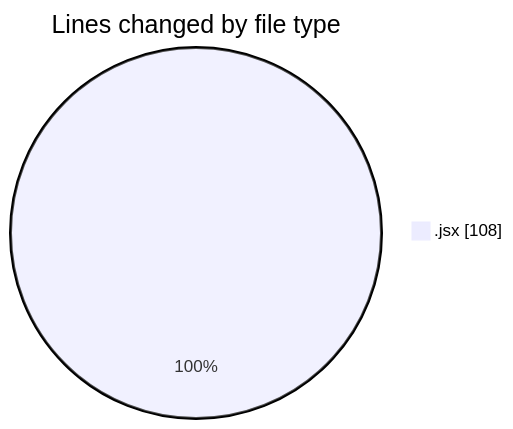
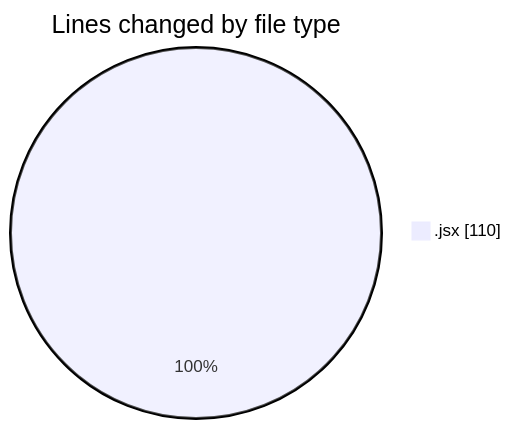
One commit to nxtqubesakshisongat/code-tracking changed the first of 2 diagrams in 2025-06-05/nxtqube_webapp/README.md. Above: the diagram before and after it, drawn with Mermaid. The commit also changed other lines of this file and 1 other file, not shown here.

````diff
--- a/2025-06-05/nxtqube_webapp/README.md
+++ b/2025-06-05/nxtqube_webapp/README.md
@@ -21,5 +21,5 @@
 ```mermaid
 pie showData
 title Lines changed by file type
-".jsx" : 108
+".jsx" : 110
 ```
````
